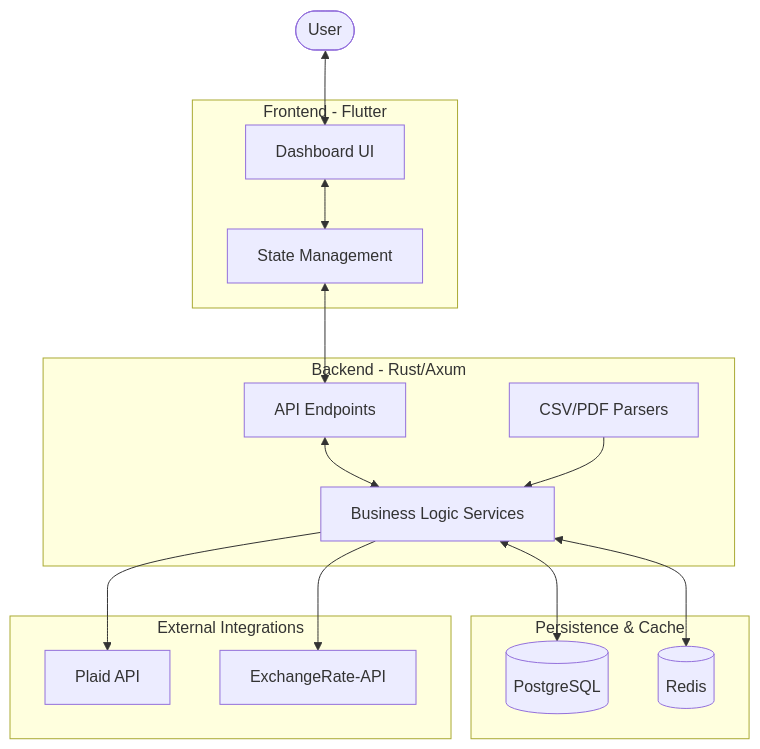
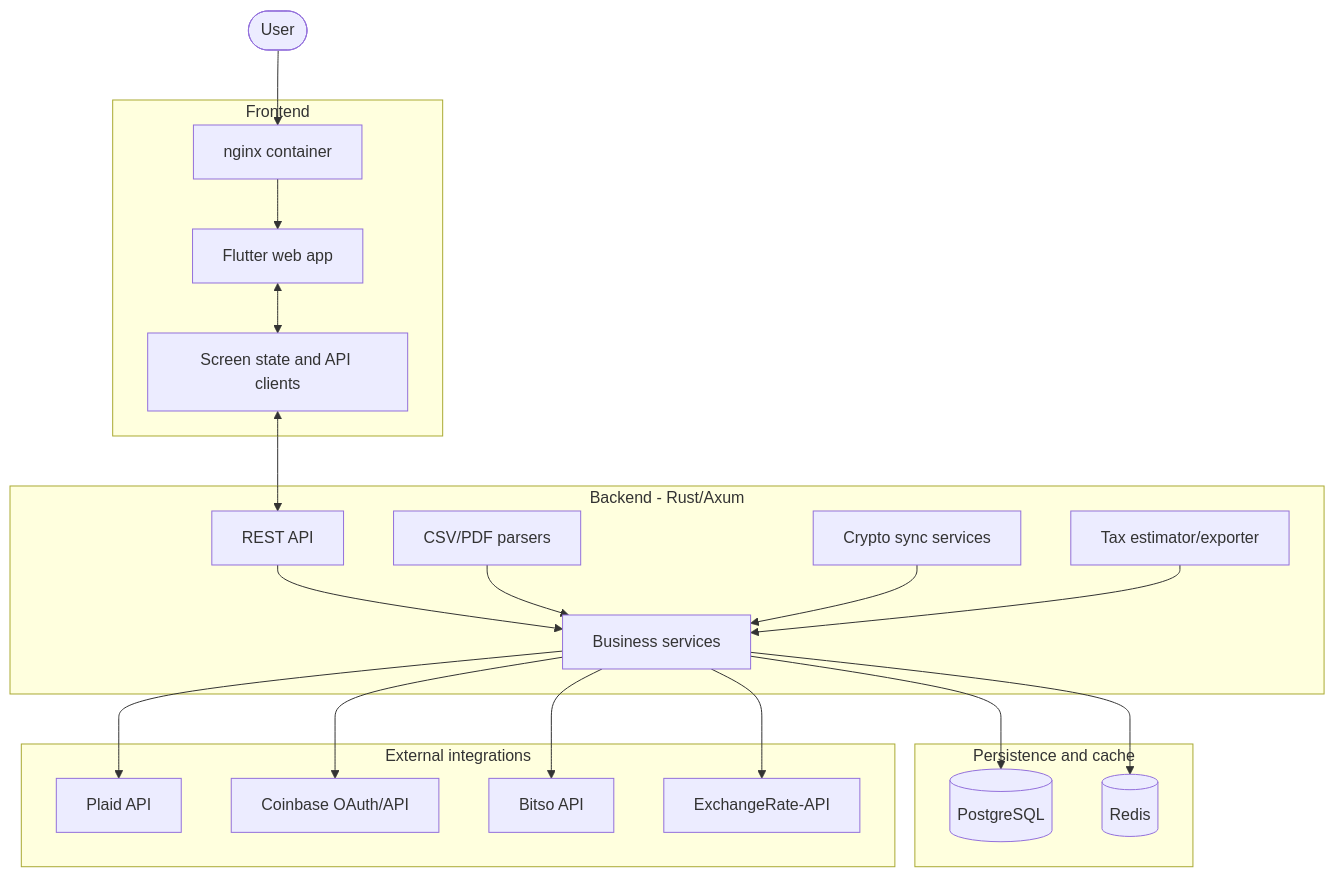
The diagram in docs/architecture.md (nickvander/patrimonio), drawn with Mermaid before and after one commit. The commit also changed other lines of this file and 13 other files, not shown here.

````diff
--- a/docs/architecture.md
+++ b/docs/architecture.md
@@ -7,35 +7,45 @@
 ```mermaid
 graph TD
     User([User])
-    
-    subgraph Frontend [Frontend - Flutter]
-        UI[Dashboard UI]
-        State[State Management]
+
+    subgraph Frontend["Frontend"]
+        Nginx["nginx container"]
+        UI["Flutter web app"]
+        State["Screen state and API clients"]
     end
-    
-    subgraph Backend [Backend - Rust/Axum]
-        API[API Endpoints]
-        Service[Business Logic Services]
-        Parsers[CSV/PDF Parsers]
+
+    subgraph Backend["Backend - Rust/Axum"]
+        API["REST API"]
+        Services["Business services"]
+        Parsers["CSV/PDF parsers"]
+        Crypto["Crypto sync services"]
+        Tax["Tax estimator/exporter"]
     end
-    
-    subgraph Storage [Persistence & Cache]
+
+    subgraph Storage["Persistence and cache"]
         DB[(PostgreSQL)]
         Cache[(Redis)]
     end
-    
-    subgraph External [External Integrations]
-        Plaid[Plaid API]
-        FX[ExchangeRate-API]
+
+    subgraph External["External integrations"]
+        Plaid["Plaid API"]
+        Coinbase["Coinbase OAuth/API"]
+        Bitso["Bitso API"]
+        FX["ExchangeRate-API"]
     end
 
-    User <--> UI
+    User --> Nginx
+    Nginx --> UI
     UI <--> State
     State <--> API
-    API <--> Service
-    Service <--> DB
-    Service <--> Cache
-    Service --> Plaid
-    Service --> FX
-    Parsers --> Service
+    API --> Services
+    Services --> DB
+    Services --> Cache
+    Services --> Plaid
+    Services --> Coinbase
+    Services --> Bitso
+    Services --> FX
+    Parsers --> Services
+    Crypto --> Services
+    Tax --> Services
 ```
````
